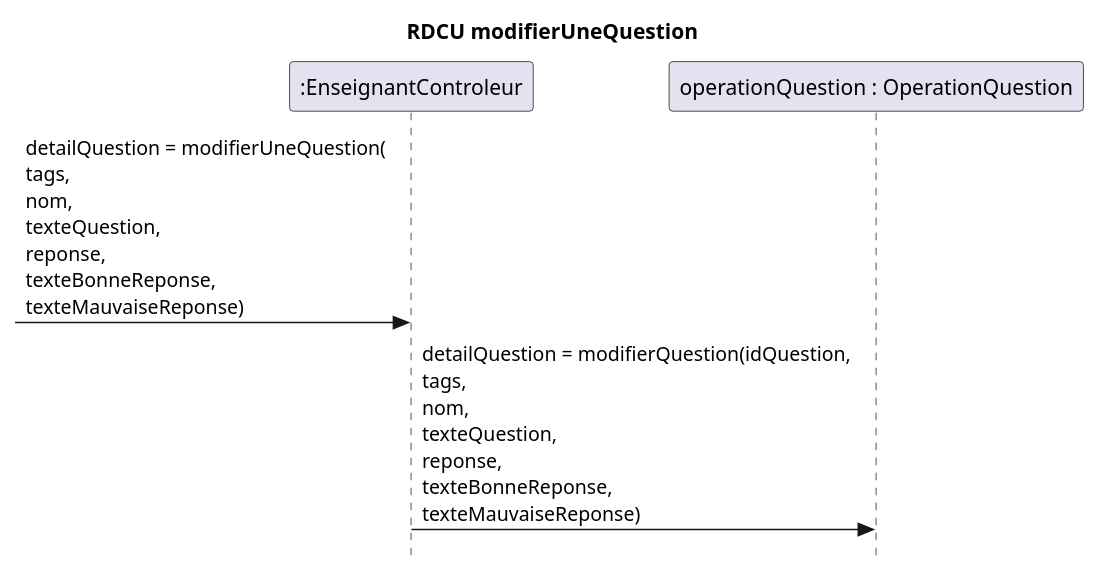
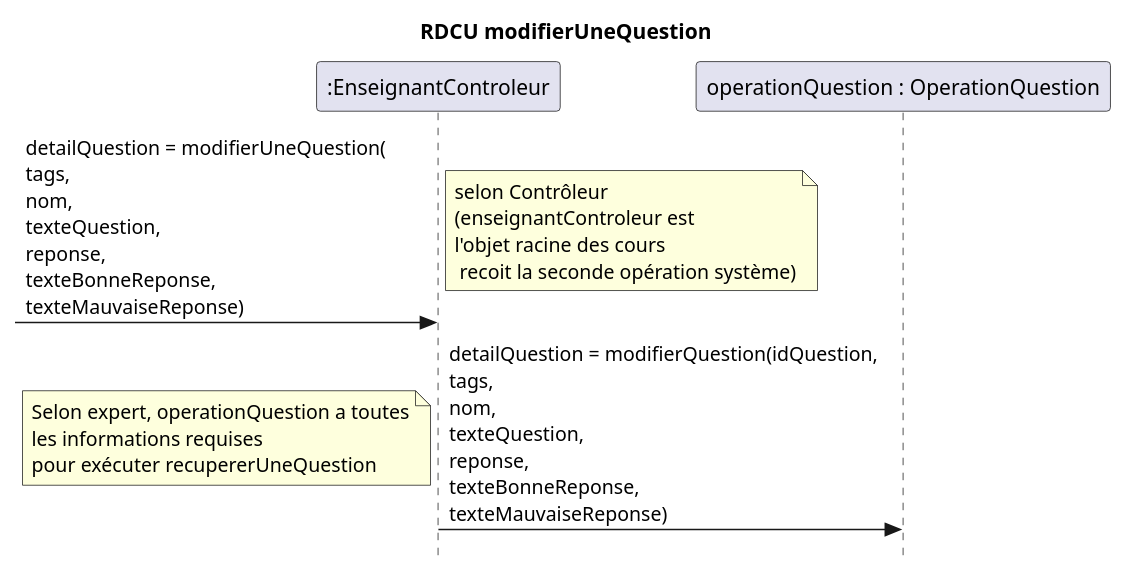
The second of 2 diagrams in docs/Modifier question/RDCU_Modifier_Question.puml (nerdz88/SGA-TS), drawn with PlantUML before and after one commit. The commit also changed other lines of this file and 6 other files, not shown here.

```diff
--- a/docs/Modifier question/RDCU_Modifier_Question.puml
+++ b/docs/Modifier question/RDCU_Modifier_Question.puml
@@ -13,9 +15,11 @@
 @startuml modifierQuestionFinal
 skinparam style strictuml
 skinparam defaultfontname Verdana
 title RDCU modifierUneQuestion
 participant ":EnseignantControleur" as controleur
 participant "operationQuestion : OperationQuestion" as opQuestion
 ->controleur : detailQuestion = modifierUneQuestion(\ntags,\nnom,\ntexteQuestion,\nreponse,\ntexteBonneReponse,\ntexteMauvaiseReponse)
+note right :  selon Contrôleur\n(enseignantControleur est\nl'objet racine des cours\n recoit la seconde opération système)
 controleur -> opQuestion : detailQuestion = modifierQuestion(idQuestion,\ntags,\nnom,\ntexteQuestion,\nreponse,\ntexteBonneReponse,\ntexteMauvaiseReponse)
+note left : Selon expert, operationQuestion a toutes\nles informations requises\npour exécuter recupererUneQuestion
 @enduml
```
